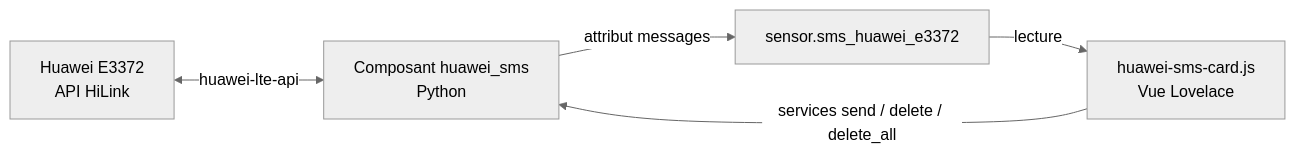
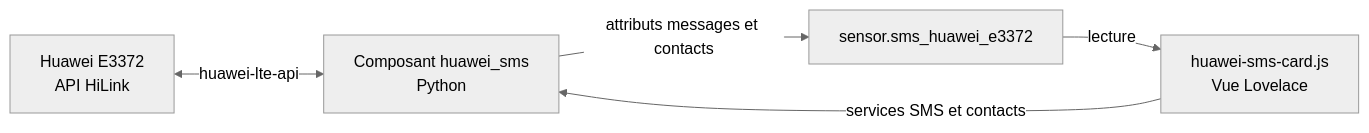
The diagram in content/domotique/howto/vue-sms-huawei.md (CosmicExplorator/cosmicexplorator.github.io), drawn with Mermaid (neutral theme) before and after one commit. The commit also changed other lines of this file and 4 other files, not shown here.

```diff
--- a/content/domotique/howto/vue-sms-huawei.md
+++ b/content/domotique/howto/vue-sms-huawei.md
@@ -11,12 +11,12 @@
 {{< mermaid >}}
 flowchart LR
     M["Huawei E3372<br/>API HiLink"]
     C["Composant huawei_sms<br/>Python"]
     S["sensor.sms_huawei_e3372"]
     V["huawei-sms-card.js<br/>Vue Lovelace"]
 
     M <-->|"huawei-lte-api"| C
-    C -->|"attribut messages"| S
+    C -->|"attributs messages et contacts"| S
     S -->|"lecture"| V
-    V -->|"services send / delete / delete_all"| C
+    V -->|"services SMS et contacts"| C
 {{< /mermaid >}}
```
